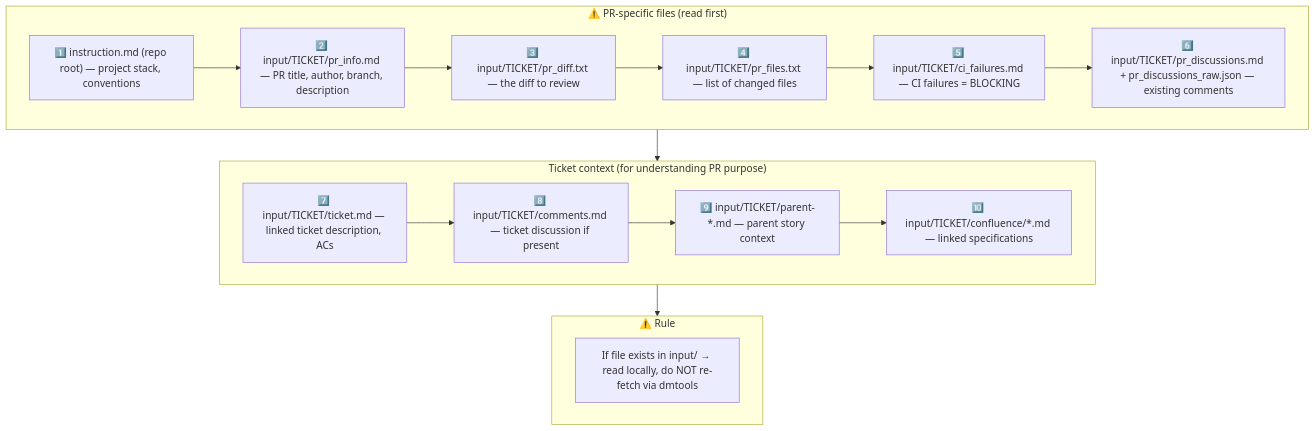
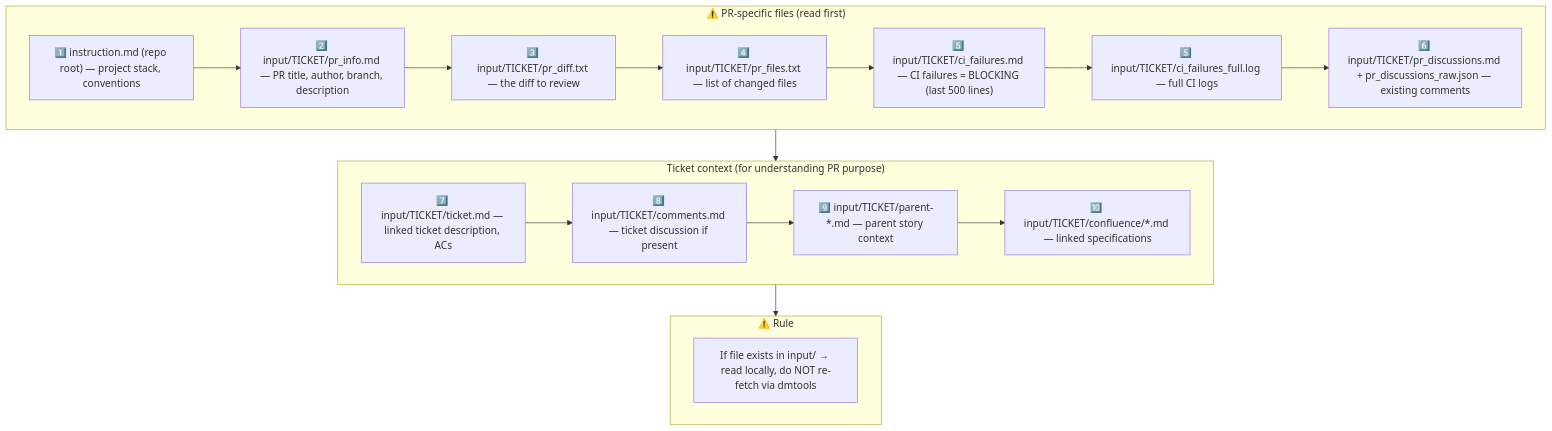
One commit to IstiN/dmtools-agents changed the second of 2 diagrams in instructions/pr_review/general_guidelines.md. Above: the diagram before and after it, drawn with Mermaid. The commit also changed other lines of this file and 22 other files, not shown here.

Commit message:
feat(agents): keep 500-line summary in ci_failures.md and write full logs to ci_failures_full.log

````diff
--- a/instructions/pr_review/general_guidelines.md
+++ b/instructions/pr_review/general_guidelines.md
@@ -20,26 +20,27 @@
 ```mermaid
 flowchart TD
     subgraph PR_CONTEXT["⚠️ PR-specific files (read first)"]
         P1["1️⃣ instruction.md (repo root) — project stack, conventions"]
         P2["2️⃣ input/TICKET/pr_info.md — PR title, author, branch, description"]
         P3["3️⃣ input/TICKET/pr_diff.txt — the diff to review"]
         P4["4️⃣ input/TICKET/pr_files.txt — list of changed files"]
-        P5["5️⃣ input/TICKET/ci_failures.md — CI failures = BLOCKING"]
+        P5["5️⃣ input/TICKET/ci_failures.md — CI failures = BLOCKING (last 500 lines)"]
+        P5_FULL["5️⃣ input/TICKET/ci_failures_full.log — full CI logs"]
         P6["6️⃣ input/TICKET/pr_discussions.md + pr_discussions_raw.json — existing comments"]
-        P1 --> P2 --> P3 --> P4 --> P5 --> P6
+        P1 --> P2 --> P3 --> P4 --> P5 --> P5_FULL --> P6
     end
 
     subgraph TICKET_CONTEXT["Ticket context (for understanding PR purpose)"]
         T1["7️⃣ input/TICKET/ticket.md — linked ticket description, ACs"]
         T2["8️⃣ input/TICKET/comments.md — ticket discussion if present"]
         T3["9️⃣ input/TICKET/parent-*.md — parent story context"]
         T4["🔟 input/TICKET/confluence/*.md — linked specifications"]
         T1 --> T2 --> T3 --> T4
     end
 
     subgraph RULE["⚠️ Rule"]
         R1["If file exists in input/ → read locally, do NOT re-fetch via dmtools"]
     end
 
     PR_CONTEXT --> TICKET_CONTEXT --> RULE
 ```
````
